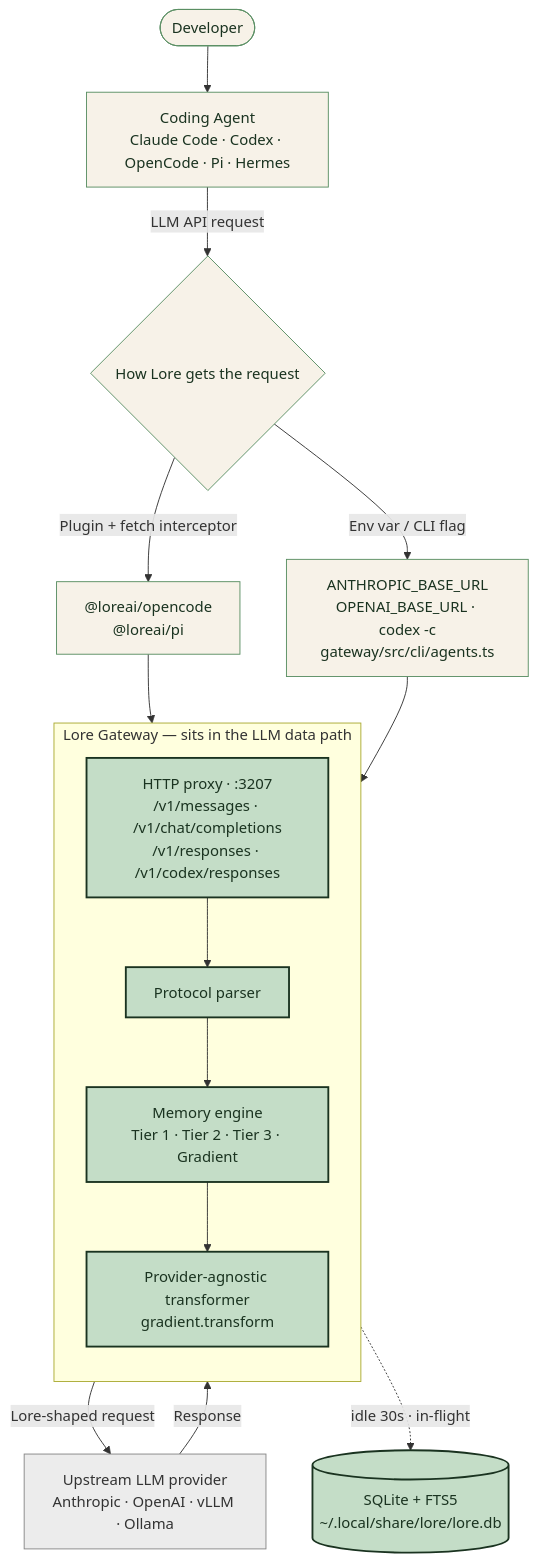
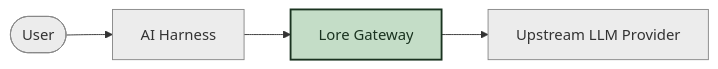
The first of 2 diagrams in packages/website/src/content/docs/docs/architecture.md (BYK/loreai), drawn with Mermaid before and after one commit. The commit also changed other lines of this file, not shown here.

Commit message:
docs(website): simplify Diagram 1 + add closed-ecosystems note
Diagram 1 ("Where Lore fits in the stack") was over-detailed: 30
lines, 11 nodes, 3 sub-classes, a runtime/SDK adapter subgraph, and
labels on every arrow. The high-level story (user → harness → Lore →
upstream LLM) was getting buried.

Replaced with a minimal 4-node, 3-arrow diagram (LR layout):

    User → AI Harness → Lore Gateway → Upstream LLM Provider

- "Developer" → "User" (terminology fix)
- "Coding Agent" with examples → bare "AI Harness"
- Dropped the Adapter subgraph, Plugin/env-var nodes, internal Lore
  subgraph, and labeled arrows
- Lore Gateway highlighted in the sage palette; everything else neutral

Also: added a 3rd paragraph to the section calling out that existing
AI harnesses (Claude Code, Codex, etc.) are closed ecosystems — they
don't expose internals to plugins in a way that allows active
mid-conversation context management. The HTTP boundary is the only
viable integration point that works with every harness, current and
future, and the only way to stay portable across harnesses.

Both diagrams still parse cleanly in JSDOM (9 + 82 lines, no errors).
Build verified.

````diff
--- a/packages/website/src/content/docs/docs/architecture.md
+++ b/packages/website/src/content/docs/docs/architecture.md
@@ -16,32 +18,11 @@
 ```mermaid
-flowchart TD
-    User([Developer]) --> Agent["Coding Agent<br/>Claude Code · Codex · OpenCode · Pi · Hermes"]
-
-    Agent -->|"LLM API request"| Adapter{How Lore gets the request}
-
-    Adapter -->|"Plugin + fetch interceptor"| P1["@loreai/opencode<br/>@loreai/pi"]
-    Adapter -->|"Env var / CLI flag"| P2["ANTHROPIC_BASE_URL<br/>OPENAI_BASE_URL · codex -c<br/>gateway/src/cli/agents.ts"]
-
-    P1 --> Gateway
-    P2 --> Gateway
-
-    subgraph Lore["Lore Gateway — sits in the LLM data path"]
-        direction TB
-        Gateway["HTTP proxy · :3207<br/>/v1/messages · /v1/chat/completions<br/>/v1/responses · /v1/codex/responses"]
-        Gateway --> Parse["Protocol parser"]
-        Parse --> Engine["Memory engine<br/>Tier 1 · Tier 2 · Tier 3 · Gradient"]
-        Engine --> Transform["Provider-agnostic transformer<br/>gradient.transform"]
-    end
-
-    Transform -->|"Lore-shaped request"| Upstream["Upstream LLM provider<br/>Anthropic · OpenAI · vLLM · Ollama"]
-    Upstream -->|"Response"| Transform
-
-    Engine -. "idle 30s · in-flight" .-> SQLite[("SQLite + FTS5<br/>~/.local/share/lore/lore.db")]
+flowchart LR
+    User([User]) --> Harness["AI Harness"]
+    Harness --> Gateway["Lore Gateway"]
+    Gateway --> Upstream["Upstream LLM Provider"]
 
     classDef lore fill:#c4ddc7,stroke:#1a3320,stroke-width:2px,color:#1a3320
-    classDef agent fill:#f7f2e8,stroke:#5a8f63,color:#1a3320
     classDef ext fill:#ececec,stroke:#888,color:#333
-    class Gateway,Parse,Engine,Transform,SQLite lore
-    class Agent,User,Adapter,P1,P2 agent
-    class Upstream ext
+    class Gateway lore
+    class User,Harness,Upstream ext
 ```
````
